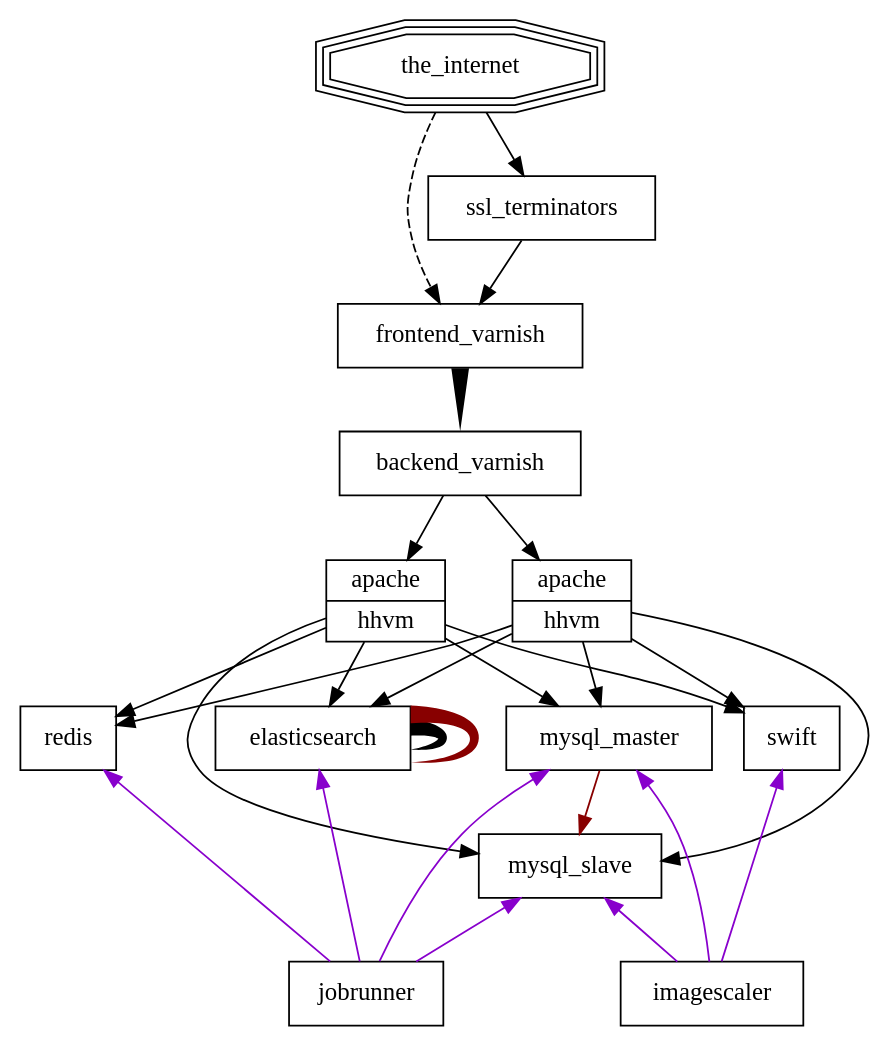
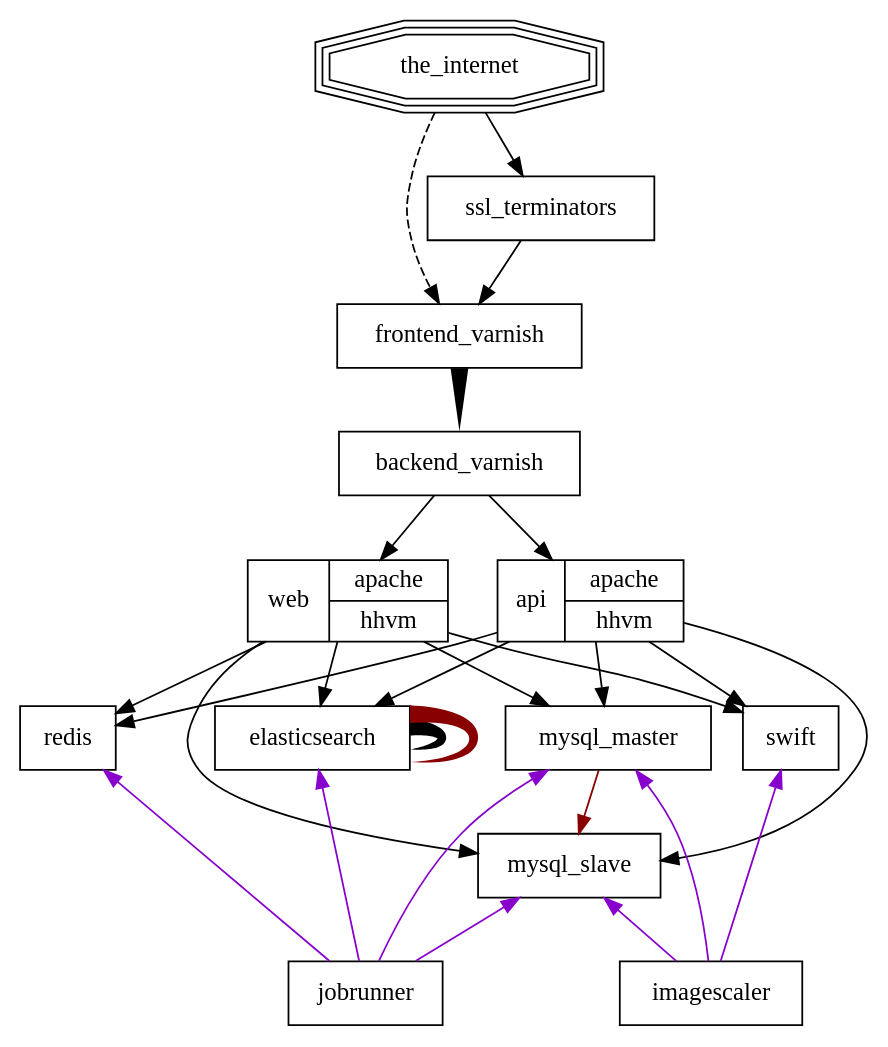
The diagram in diagram.dot (nik9000/wikimedia_diagram), drawn with Graphviz before and after one commit. The commit also changed 1 other file, not shown here.

Commit message:
Properly label web and api workers

```diff
--- a/diagram.dot
+++ b/diagram.dot
@@ -1,35 +1,35 @@
 digraph WMF {
   splines=true;
   sep = 1;
   node [shape=box];
   subgraph web_traffic {
     the_internet -> ssl_terminators;
     the_internet -> frontend_varnish [style=dashed];
     ssl_terminators -> frontend_varnish;
     frontend_varnish -> backend_varnish [style=tapered, penwidth=10, arrowhead=none];
     backend_varnish -> {web:apache, api:hhvm};
     {web:hhvm, api:hhvm} -> {mysql_master, mysql_slave, redis, elasticsearch, swift};
     elasticsearch -> elasticsearch [style=tapered, penwidth=10, arrowhead=none];
   }
   subgraph jobs {
     // These arrows are reversed so dot will throw these nodes under the web_traffic ones
     edge [color="#8800cc", dir="back"]
     {mysql_master, mysql_slave, redis, elasticsearch} -> jobrunner;
     {mysql_master, mysql_slave, swift} -> imagescaler;
     /*
      * While technically Elasticsearch does forward request to itself for jobs as well as web
      * traffic, it makes the graph really hard to read when its on there so I've commented it
      * out. Hopefully its still obvious.
      */
     // elasticsearch -> elasticsearch [dir="forward", style=tapered, penwidth=10, arrowhead=none];
   }
   subgraph replication {
     edge [color="#880000"]
     mysql_master -> mysql_slave;
     elasticsearch -> elasticsearch [style=tapered, penwidth=10, arrowhead=none];
   }
 
   the_internet [shape=tripleoctagon];
-  web [shape=record, label="{<apache>apache | <hhvm>hhvm}"]
-  api [shape=record, label="{<apache>apache | <hhvm>hhvm}"]
+  web [shape=record, label="web | {<apache>apache | <hhvm>hhvm}"]
+  api [shape=record, label="api | {<apache>apache | <hhvm>hhvm}"]
 }
```
